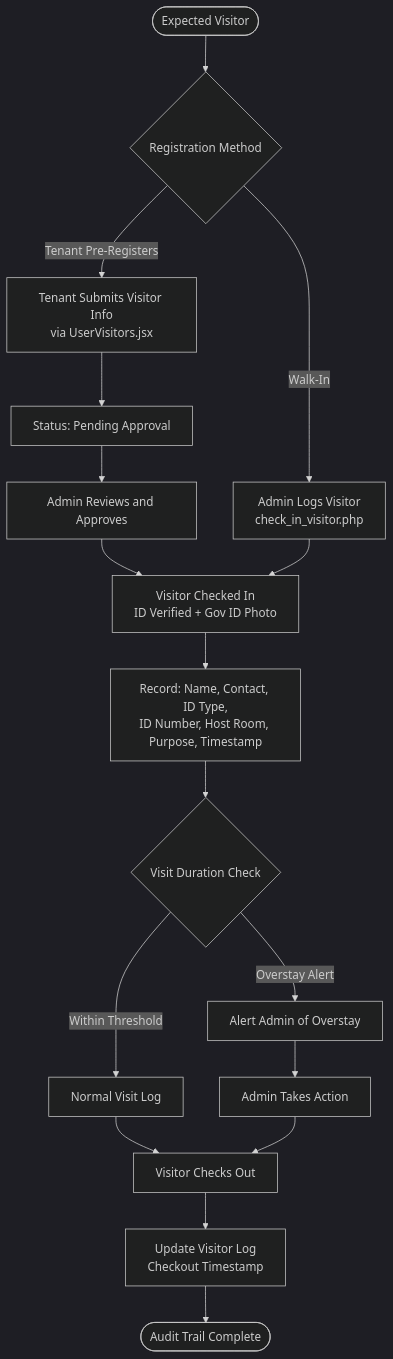
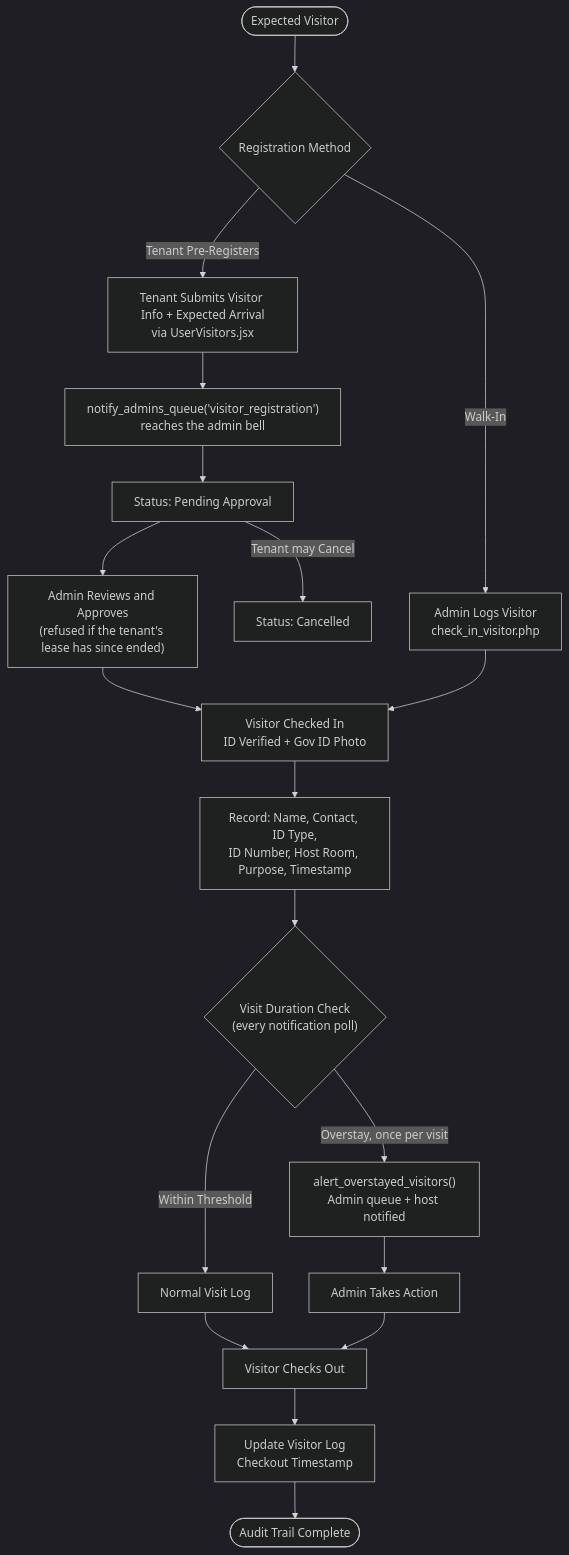
One commit to Keonbe/ApartmentManagementSystem_React changed the seventh of 11 diagrams in docs/features/panelist_feature_checklist.md. Above: the diagram before and after it, drawn with Mermaid (dark theme). The commit also changed other lines of this file and 24 other files, not shown here.

````diff
--- a/docs/features/panelist_feature_checklist.md
+++ b/docs/features/panelist_feature_checklist.md
@@ -240,19 +240,21 @@
 ```mermaid
 flowchart TD
     A(["Expected Visitor"]) --> B{"Registration Method"}
-    B -->|Tenant Pre-Registers| C["Tenant Submits Visitor Info<br/>via UserVisitors.jsx"]
+    B -->|Tenant Pre-Registers| C["Tenant Submits Visitor Info + Expected Arrival<br/>via UserVisitors.jsx"]
     B -->|Walk-In| D["Admin Logs Visitor<br/>check_in_visitor.php"]
-    C --> E["Status: Pending Approval"]
-    E --> F["Admin Reviews and Approves"]
+    C --> C2["notify_admins_queue('visitor_registration')<br/>reaches the admin bell"]
+    C2 --> E["Status: Pending Approval"]
+    E -->|Tenant may Cancel| E2["Status: Cancelled"]
+    E --> F["Admin Reviews and Approves<br/>(refused if the tenant's lease has since ended)"]
     F --> G["Visitor Checked In<br/>ID Verified + Gov ID Photo"]
     D --> G
     G --> H["Record: Name, Contact, ID Type,<br/>ID Number, Host Room, Purpose, Timestamp"]
-    H --> I{"Visit Duration Check"}
+    H --> I{"Visit Duration Check<br/>(every notification poll)"}
     I -->|Within Threshold| J["Normal Visit Log"]
-    I -->|Overstay Alert| K["Alert Admin of Overstay"]
+    I -->|Overstay, once per visit| K["alert_overstayed_visitors()<br/>Admin queue + host notified"]
     K --> L["Admin Takes Action"]
     J --> M["Visitor Checks Out"]
     L --> M
     M --> N["Update Visitor Log<br/>Checkout Timestamp"]
     N --> O(["Audit Trail Complete"])
 ```
````
